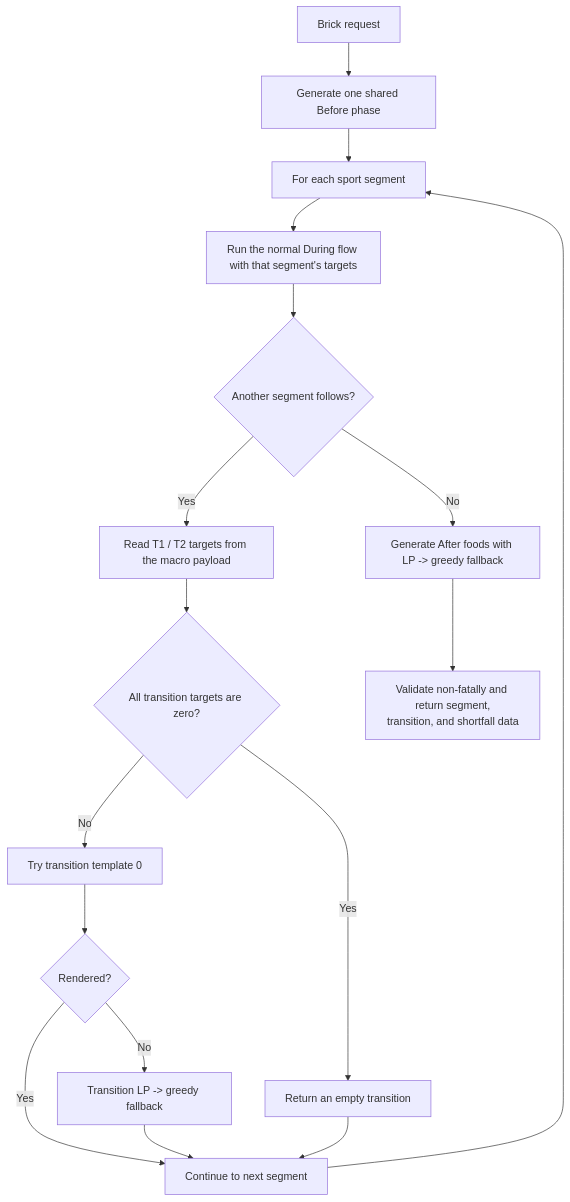
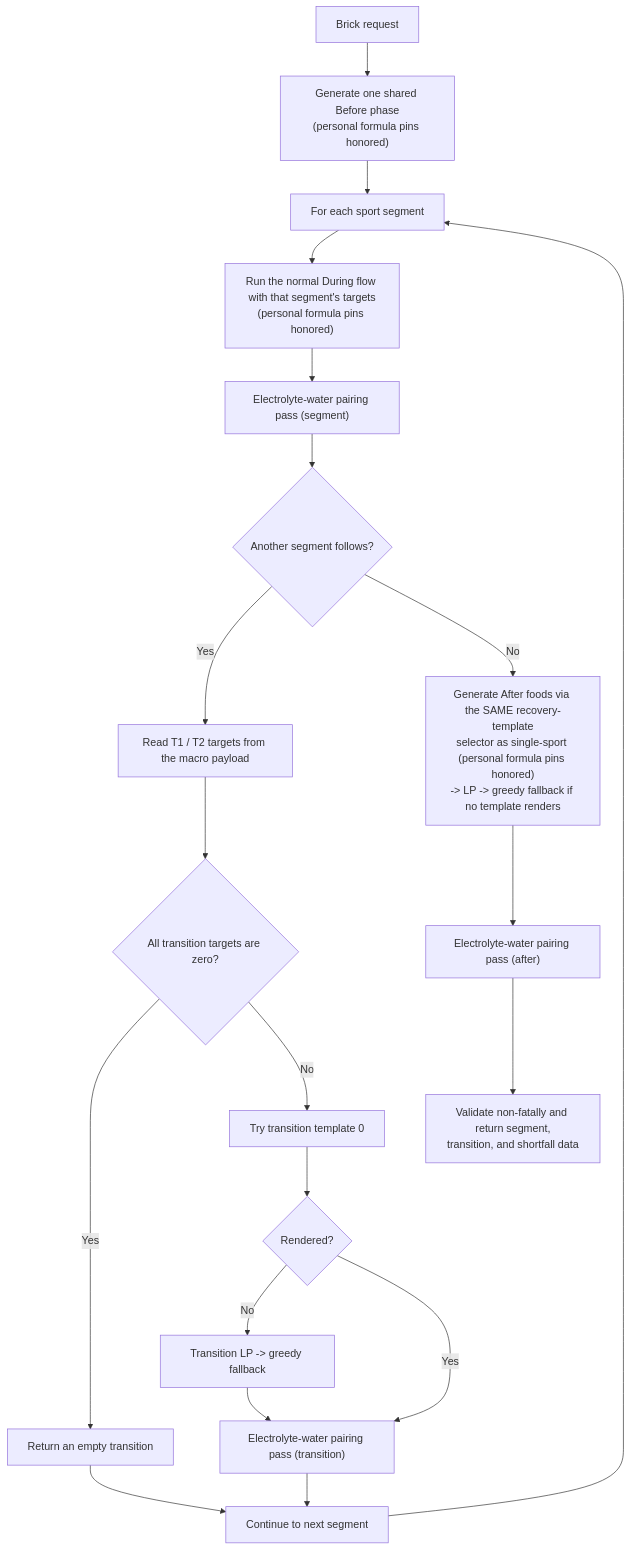
The fifth of 5 diagrams in docs/business_logic/nutrition-plan-v3-algorithm.md (milkmanfunddev-ops/mealvana_endurance), drawn with Mermaid before and after one commit. The commit also changed other lines of this file and 12 other files, not shown here.

First line of the commit message:
docs(nutrition): bring v3 algorithm flowchart up to date; regenerate diagrams

````diff
--- a/docs/business_logic/nutrition-plan-v3-algorithm.md
+++ b/docs/business_logic/nutrition-plan-v3-algorithm.md
@@ -163,19 +218,22 @@
 ```mermaid
 flowchart TD
-    A["Brick request"] --> B["Generate one shared Before phase"]
+    A["Brick request"] --> B["Generate one shared Before phase<br/>(personal formula pins honored)"]
     B --> LOOP["For each sport segment"]
-    LOOP --> D["Run the normal During flow with that segment's targets"]
-    D --> MORE{"Another segment follows?"}
+    LOOP --> D["Run the normal During flow with that segment's targets<br/>(personal formula pins honored)"]
+    D --> DEW["Electrolyte-water pairing pass (segment)"]
+    DEW --> MORE{"Another segment follows?"}
     MORE -- "Yes" --> T["Read T1 / T2 targets from the macro payload"]
     T --> T0{"All transition targets are zero?"}
     T0 -- "Yes" --> TE["Return an empty transition"]
     T0 -- "No" --> TT["Try transition template 0"]
     TT --> TOK{"Rendered?"}
     TOK -- "No" --> TLP["Transition LP -> greedy fallback"]
-    TOK -- "Yes" --> NEXT["Continue to next segment"]
-    TLP --> NEXT
+    TOK -- "Yes" --> TEW["Electrolyte-water pairing pass (transition)"]
+    TLP --> TEW
+    TEW --> NEXT["Continue to next segment"]
     TE --> NEXT
     NEXT --> LOOP
-    MORE -- "No" --> AFTER["Generate After foods with LP -> greedy fallback"]
-    AFTER --> V["Validate non-fatally and return segment,<br/>transition, and shortfall data"]
+    MORE -- "No" --> AFTER["Generate After foods via the SAME recovery-template<br/>selector as single-sport (personal formula pins honored)<br/>-> LP -> greedy fallback if no template renders"]
+    AFTER --> AEW["Electrolyte-water pairing pass (after)"]
+    AEW --> V["Validate non-fatally and return segment,<br/>transition, and shortfall data"]
 ```
````
